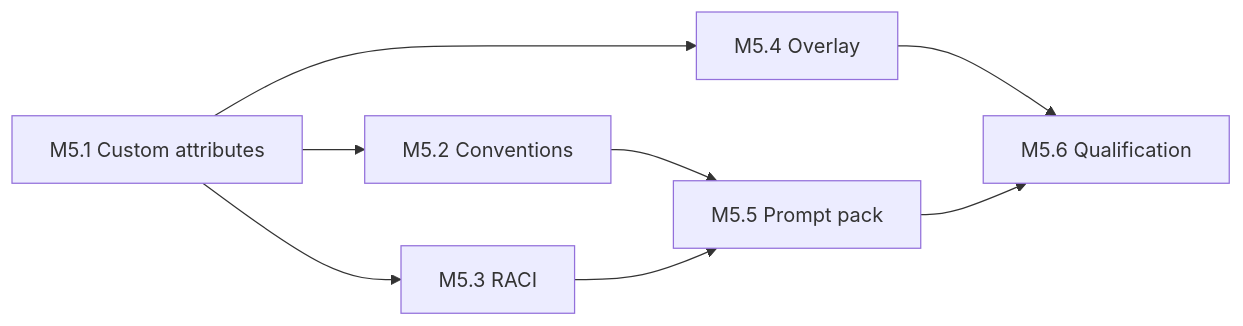
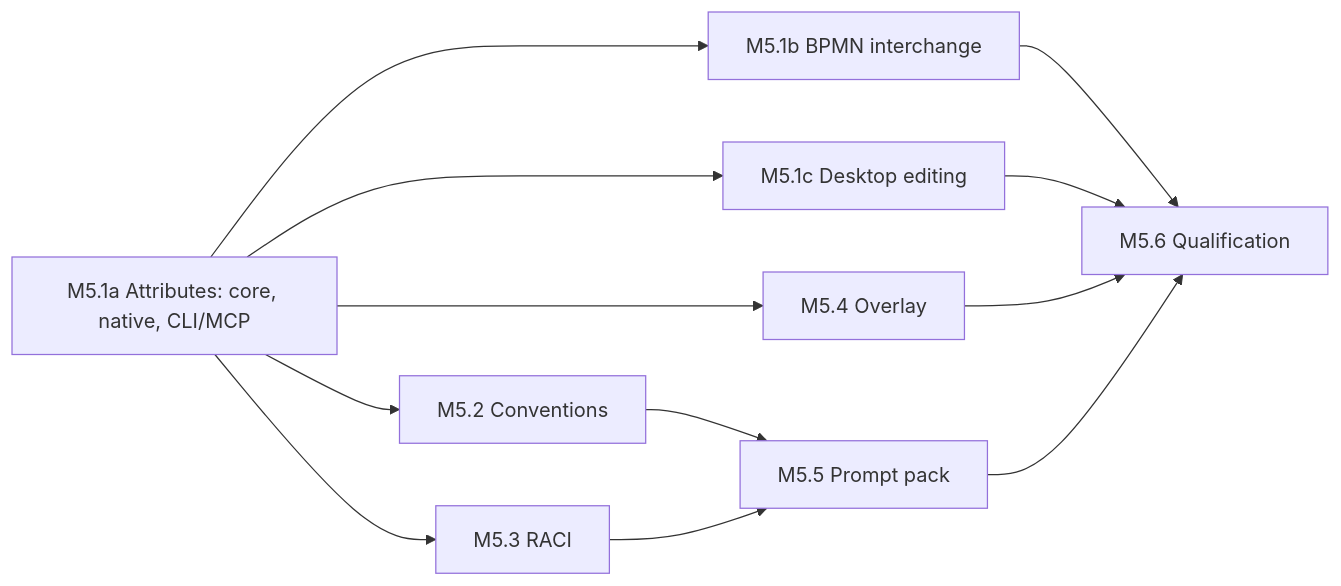
Before and after one commit to eliobenigni7/ProcessCraft: the diagram in docs/plans/m5-analyst-foundations.md, drawn with Mermaid. The commit also changed other lines of this file and 1 other file, not shown here.

````diff
--- a/docs/plans/m5-analyst-foundations.md
+++ b/docs/plans/m5-analyst-foundations.md
@@ -72,10 +76,14 @@
 ```mermaid
 flowchart LR
-    A[M5.1 Custom attributes] --> B[M5.2 Conventions]
-    A --> C[M5.3 RACI]
-    A --> D[M5.4 Overlay]
+    A1[M5.1a Attributes: core, native, CLI/MCP] --> A2[M5.1b BPMN interchange]
+    A1 --> A3[M5.1c Desktop editing]
+    A1 --> B[M5.2 Conventions]
+    A1 --> C[M5.3 RACI]
+    A1 --> D[M5.4 Overlay]
+    A2 --> F[M5.6 Qualification]
+    A3 --> F
     B --> E[M5.5 Prompt pack]
     C --> E
-    D --> F[M5.6 Qualification]
+    D --> F
     E --> F
 ```
````
